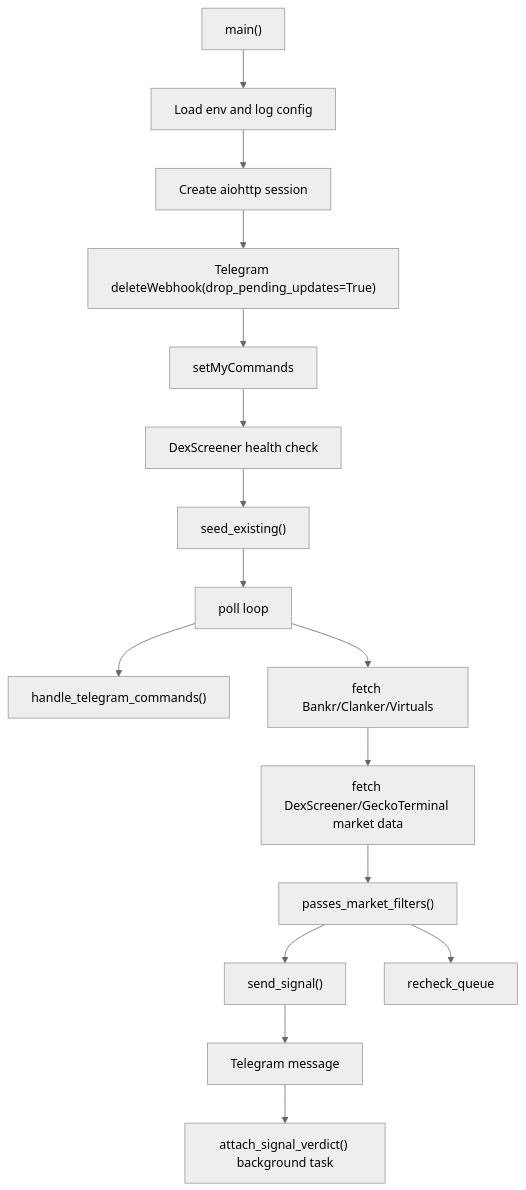
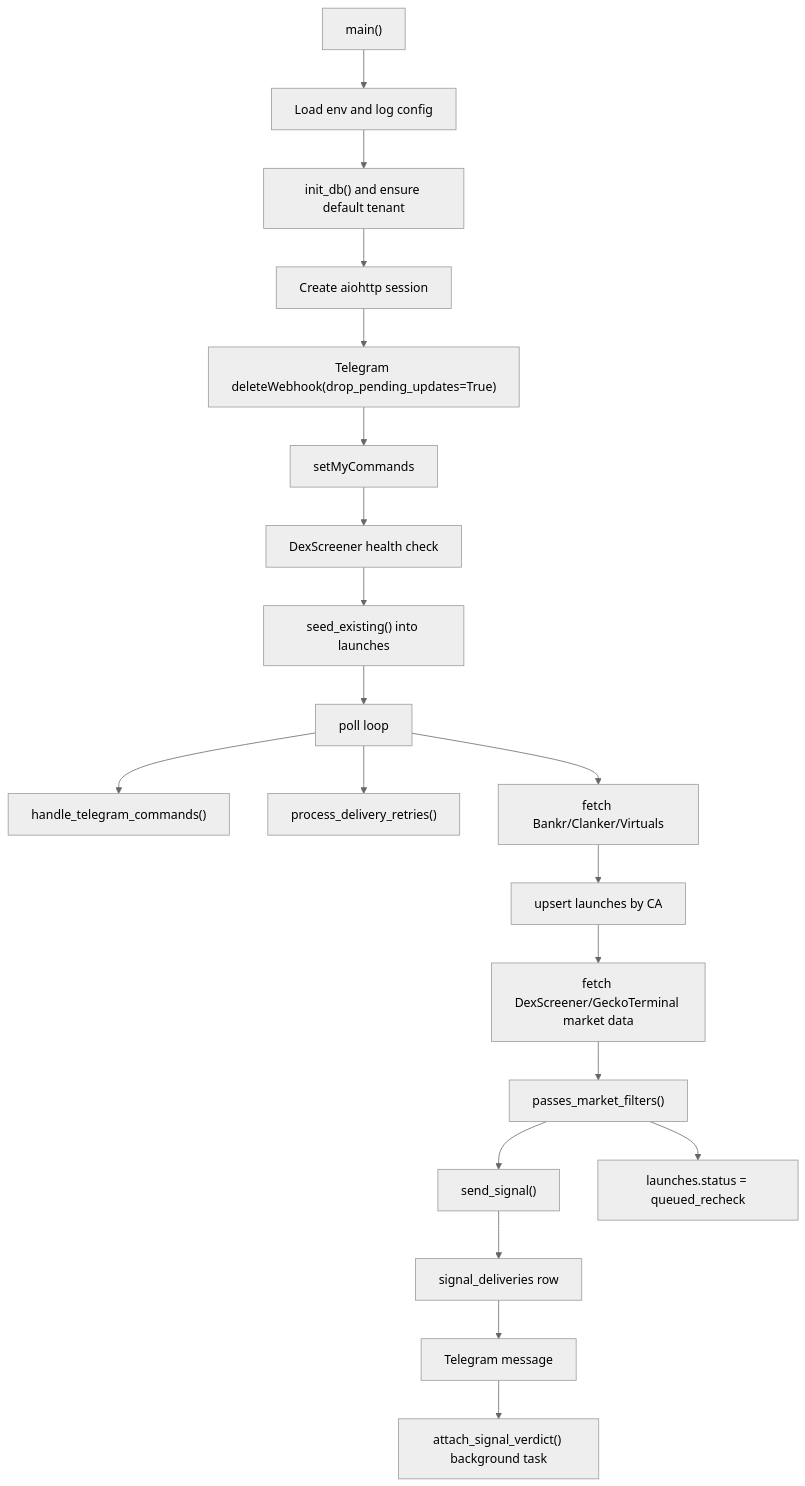
Before and after one commit to antiyapper87-sudo/bankr-Xlaunches-alerts: the first of 2 diagrams in architecture.md, drawn with Mermaid (neutral theme). The commit also changed other lines of this file and 19 other files, not shown here.

````diff
--- a/architecture.md
+++ b/architecture.md
@@ -342,18 +409,22 @@
 ```mermaid
 flowchart TD
     A["main()"] --> B["Load env and log config"]
-    B --> C["Create aiohttp session"]
-    C --> D["Telegram deleteWebhook(drop_pending_updates=True)"]
-    D --> E["setMyCommands"]
-    E --> F["DexScreener health check"]
-    F --> G["seed_existing()"]
-    G --> H["poll loop"]
-    H --> I["handle_telegram_commands()"]
-    H --> J["fetch Bankr/Clanker/Virtuals"]
-    J --> K["fetch DexScreener/GeckoTerminal market data"]
-    K --> L["passes_market_filters()"]
-    L --> M["send_signal()"]
-    L --> N["recheck_queue"]
-    M --> O["Telegram message"]
-    O --> P["attach_signal_verdict() background task"]
+    B --> C["init_db() and ensure default tenant"]
+    C --> D["Create aiohttp session"]
+    D --> E["Telegram deleteWebhook(drop_pending_updates=True)"]
+    E --> F["setMyCommands"]
+    F --> G["DexScreener health check"]
+    G --> H["seed_existing() into launches"]
+    H --> I["poll loop"]
+    I --> J["handle_telegram_commands()"]
+    I --> K["process_delivery_retries()"]
+    I --> L["fetch Bankr/Clanker/Virtuals"]
+    L --> M["upsert launches by CA"]
+    M --> N["fetch DexScreener/GeckoTerminal market data"]
+    N --> O["passes_market_filters()"]
+    O --> P["send_signal()"]
+    O --> Q["launches.status = queued_recheck"]
+    P --> R["signal_deliveries row"]
+    R --> S["Telegram message"]
+    S --> T["attach_signal_verdict() background task"]
 ```
````
